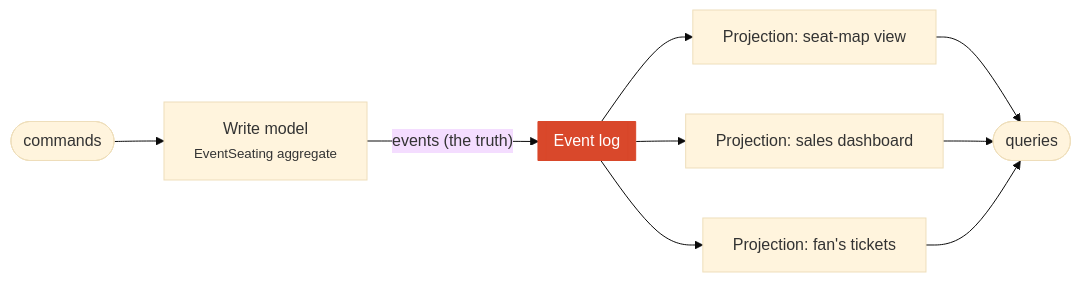
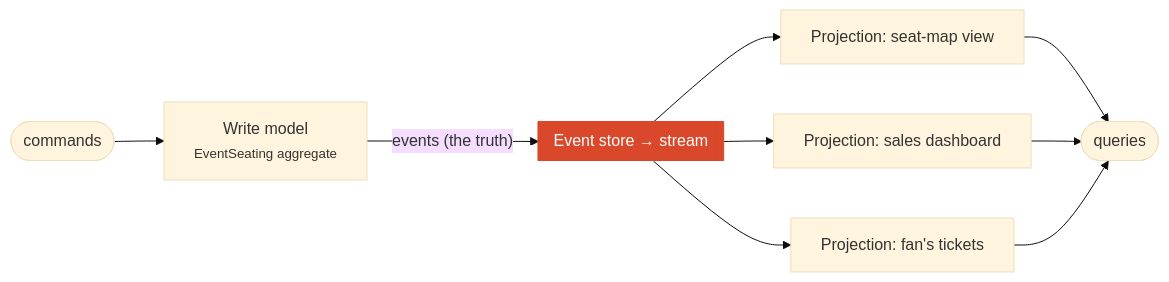
Before and after one commit to oleksiyp/arch-book: diagram 13 of 23 in README.md, drawn with Mermaid (base theme). The commit also changed other lines of this file, not shown here.

```diff
--- a/README.md
+++ b/README.md
@@ -1163,11 +1211,11 @@
 <pre class="mermaid">
 flowchart LR
     cmd([commands]) --> agg["Write model<br/><small>EventSeating aggregate</small>"]
-    agg -- "events (the truth)" --> log[["Event log"]]
+    agg -- "events (the truth)" --> log[["Event store → stream"]]
     log --> p1["Projection: seat-map view"]
     log --> p2["Projection: sales dashboard"]
     log --> p3["Projection: fan's tickets"]
     p1 & p2 & p3 --> q([queries])
     classDef hot fill:#d9482b,stroke:#d9482b,color:#fff
     class log hot
 </pre>
```
